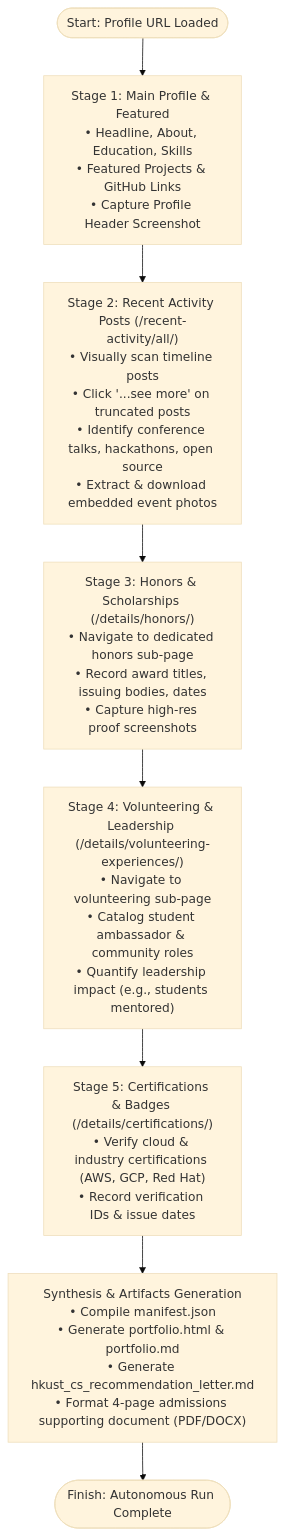
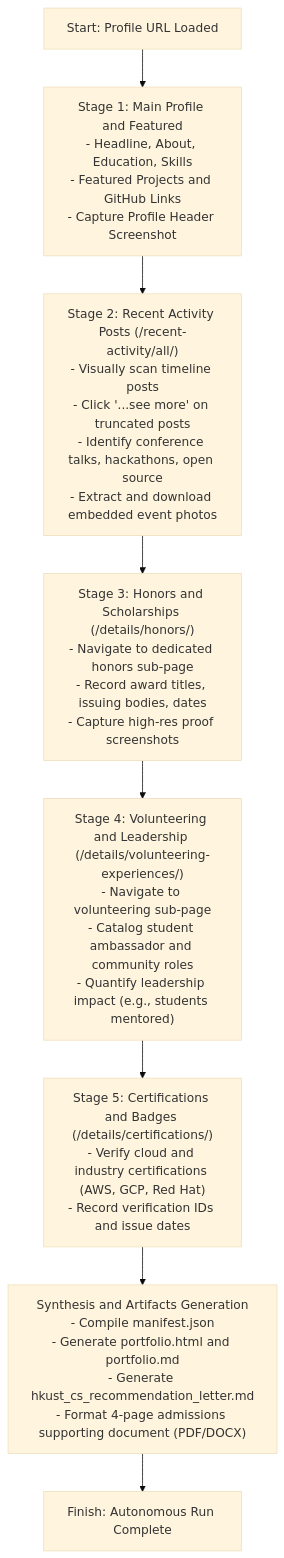
The fifth of 6 diagrams in DEVTO_BLOG_POST.md (wongcyrus/gemini-computer-use-linkedin-autofolio), drawn with Mermaid (base theme) before and after one commit. The commit also changed other lines of this file, not shown here.

Commit message:
fix(mermaid): quote edge labels with parentheses and sanitize node syntax for GitHub and dev.to compatibility

````diff
--- a/DEVTO_BLOG_POST.md
+++ b/DEVTO_BLOG_POST.md
@@ -342,16 +342,16 @@
 ```mermaid
 flowchart TD
-    START(["Start: Profile URL Loaded"]) --> S1["Stage 1: Main Profile & Featured\n• Headline, About, Education, Skills\n• Featured Projects & GitHub Links\n• Capture Profile Header Screenshot"]
+    START["Start: Profile URL Loaded"] --> S1["Stage 1: Main Profile and Featured\n- Headline, About, Education, Skills\n- Featured Projects and GitHub Links\n- Capture Profile Header Screenshot"]
     
-    S1 --> S2["Stage 2: Recent Activity Posts (/recent-activity/all/)\n• Visually scan timeline posts\n• Click '...see more' on truncated posts\n• Identify conference talks, hackathons, open source\n• Extract & download embedded event photos"]
+    S1 --> S2["Stage 2: Recent Activity Posts (/recent-activity/all/)\n- Visually scan timeline posts\n- Click '...see more' on truncated posts\n- Identify conference talks, hackathons, open source\n- Extract and download embedded event photos"]
     
-    S2 --> S3["Stage 3: Honors & Scholarships (/details/honors/)\n• Navigate to dedicated honors sub-page\n• Record award titles, issuing bodies, dates\n• Capture high-res proof screenshots"]
+    S2 --> S3["Stage 3: Honors and Scholarships (/details/honors/)\n- Navigate to dedicated honors sub-page\n- Record award titles, issuing bodies, dates\n- Capture high-res proof screenshots"]
     
-    S3 --> S4["Stage 4: Volunteering & Leadership (/details/volunteering-experiences/)\n• Navigate to volunteering sub-page\n• Catalog student ambassador & community roles\n• Quantify leadership impact (e.g., students mentored)"]
+    S3 --> S4["Stage 4: Volunteering and Leadership (/details/volunteering-experiences/)\n- Navigate to volunteering sub-page\n- Catalog student ambassador and community roles\n- Quantify leadership impact (e.g., students mentored)"]
     
-    S4 --> S5["Stage 5: Certifications & Badges (/details/certifications/)\n• Verify cloud & industry certifications (AWS, GCP, Red Hat)\n• Record verification IDs & issue dates"]
+    S4 --> S5["Stage 5: Certifications and Badges (/details/certifications/)\n- Verify cloud and industry certifications (AWS, GCP, Red Hat)\n- Record verification IDs and issue dates"]
     
-    S5 --> SYNTH["Synthesis & Artifacts Generation\n• Compile manifest.json\n• Generate portfolio.html & portfolio.md\n• Generate hkust_cs_recommendation_letter.md\n• Format 4-page admissions supporting document (PDF/DOCX)"]
+    S5 --> SYNTH["Synthesis and Artifacts Generation\n- Compile manifest.json\n- Generate portfolio.html and portfolio.md\n- Generate hkust_cs_recommendation_letter.md\n- Format 4-page admissions supporting document (PDF/DOCX)"]
     
-    SYNTH --> DONE(["Finish: Autonomous Run Complete"])
+    SYNTH --> DONE["Finish: Autonomous Run Complete"]
 ```
````
